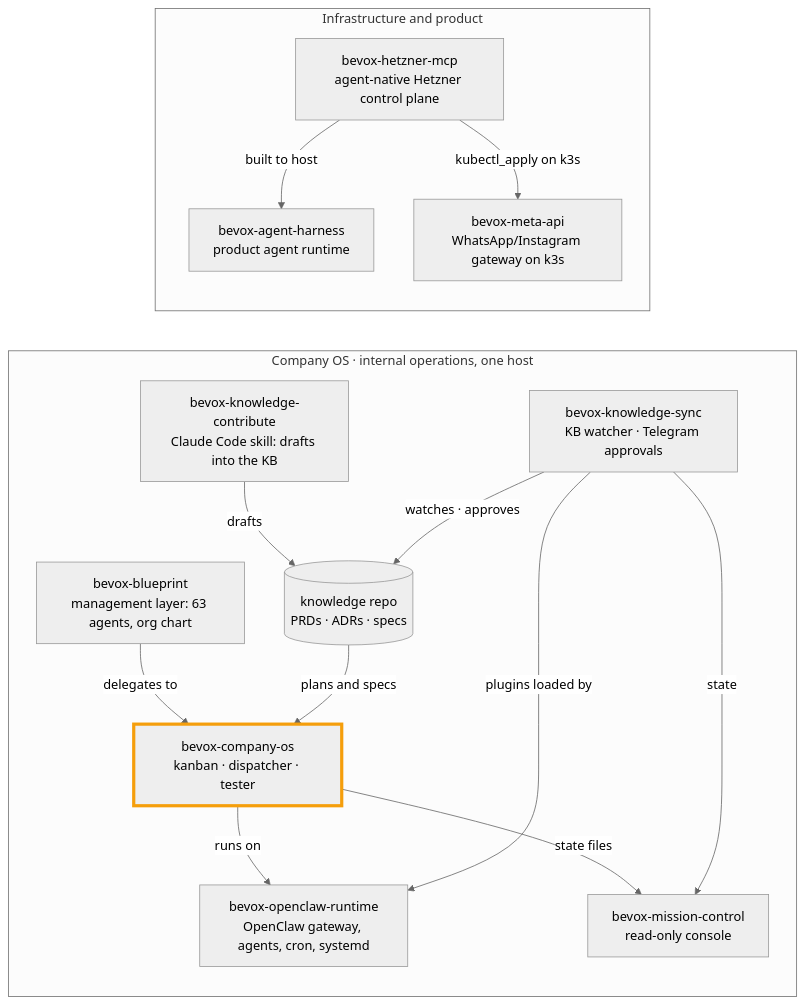
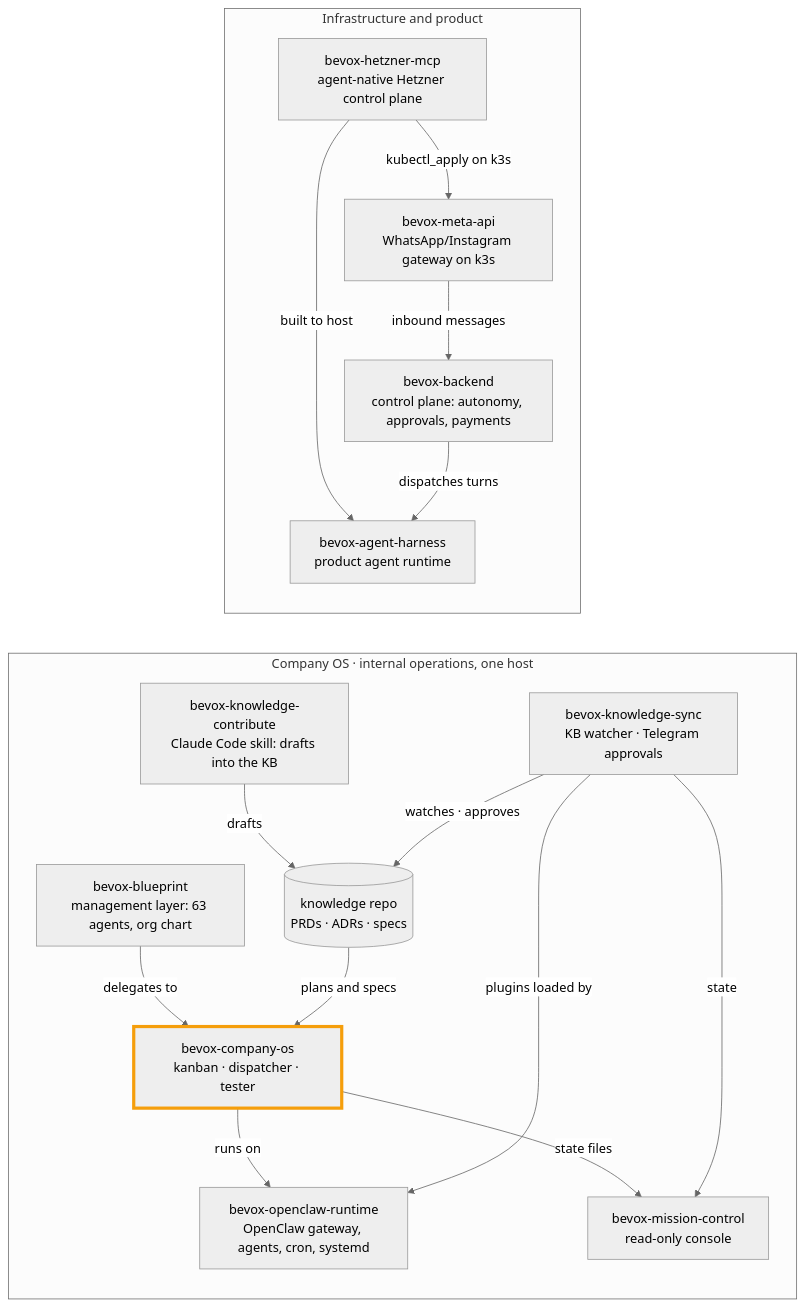
One commit to bernardTavares/bevox-company-os changed the second of 2 diagrams in README.md. Above: the diagram before and after it, drawn with Mermaid (neutral theme). The commit also changed other lines of this file, not shown here.

Commit message:
docs: add bevox-backend to the repo map
Claude-Session: https://claude.ai/code/session_01Qj817cr8c8u4ecWaCmkuX1

````diff
--- a/README.md
+++ b/README.md
@@ -107,31 +107,34 @@
 ```mermaid
 flowchart LR
   subgraph OPS["Company OS · internal operations, one host"]
     direction TB
     BP["bevox-blueprint<br/>management layer: 63 agents, org chart"]
     RT["bevox-openclaw-runtime<br/>OpenClaw gateway, agents, cron, systemd"]
     COS["bevox-company-os<br/>kanban · dispatcher · tester"]
     MC["bevox-mission-control<br/>read-only console"]
     KS["bevox-knowledge-sync<br/>KB watcher · Telegram approvals"]
     KC["bevox-knowledge-contribute<br/>Claude Code skill: drafts into the KB"]
     KB[("knowledge repo<br/>PRDs · ADRs · specs")]
   end
   subgraph INFRA["Infrastructure and product"]
     direction TB
     HZ["bevox-hetzner-mcp<br/>agent-native Hetzner control plane"]
     H["bevox-agent-harness<br/>product agent runtime"]
     MA["bevox-meta-api<br/>WhatsApp/Instagram gateway on k3s"]
+    BE["bevox-backend<br/>control plane: autonomy, approvals, payments"]
   end
   BP -->|delegates to| COS
   COS -->|runs on| RT
   KS -->|plugins loaded by| RT
   KC -->|drafts| KB
   KS -->|watches · approves| KB
   KB -->|plans and specs| COS
   COS -->|state files| MC
   KS -->|state| MC
   HZ -->|built to host| H
   HZ -->|kubectl_apply on k3s| MA
+  MA -->|inbound messages| BE
+  BE -->|dispatches turns| H
   classDef here stroke:#f59e0b,stroke-width:4px
   class COS here
 ```
````
